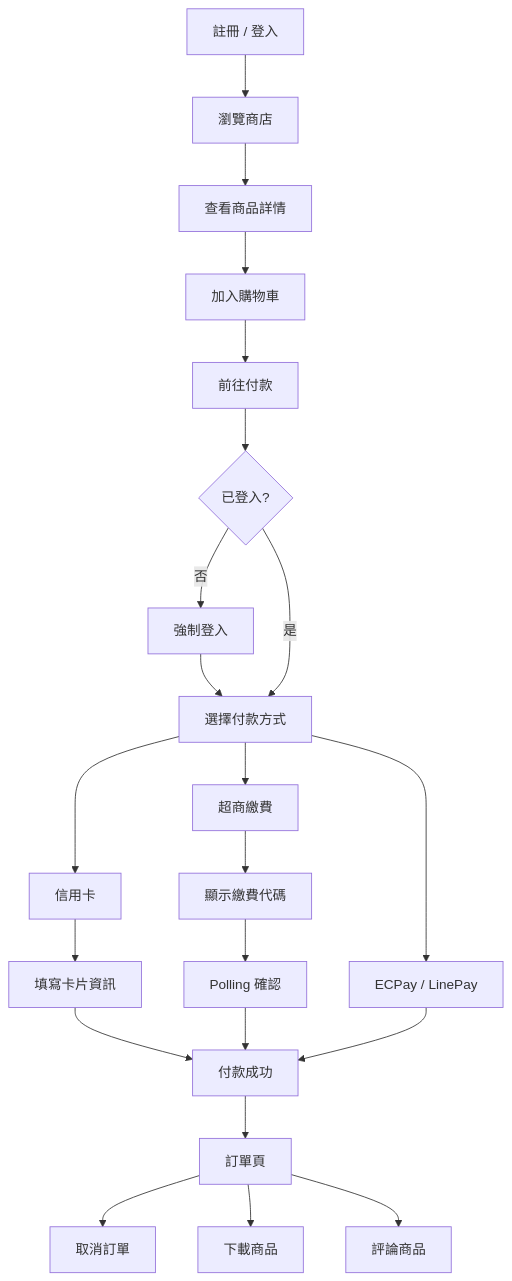
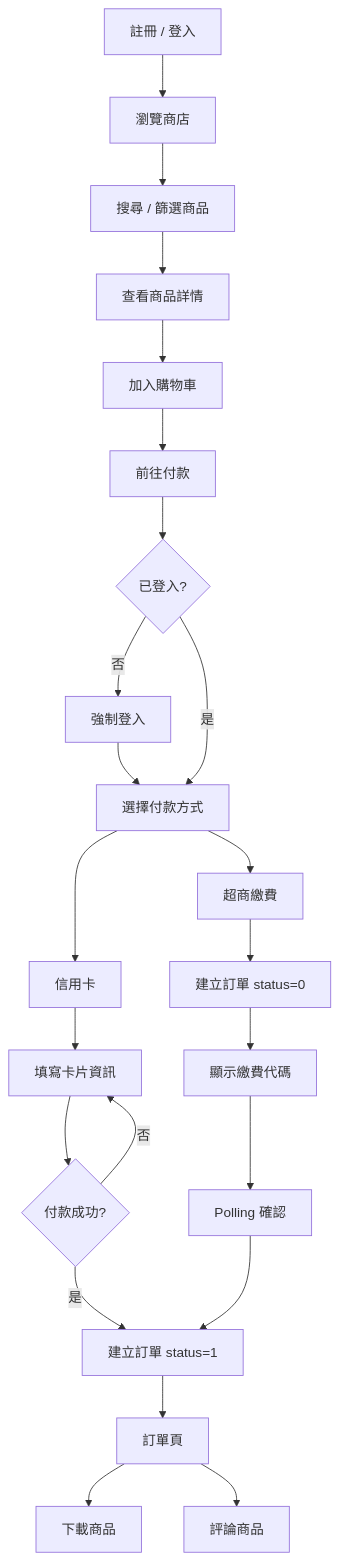
The diagram in README.md (DrinkAsWater/digital-vault), drawn with Mermaid before and after one commit. The commit also changed other lines of this file, not shown here.

````diff
--- a/README.md
+++ b/README.md
@@ -252,24 +307,25 @@
 ```mermaid
 flowchart TD
     A[註冊 / 登入] --> B[瀏覽商店]
-    B --> C[查看商品詳情]
-    C --> D[加入購物車]
-    D --> E[前往付款]
-    E --> F{已登入?}
-    F -- 否 --> G[強制登入]
-    G --> H[選擇付款方式]
-    F -- 是 --> H
-    H --> I[ECPay / LinePay]
-    H --> J[信用卡]
-    H --> K[超商繳費]
+    B --> C[搜尋 / 篩選商品]
+    C --> D[查看商品詳情]
+    D --> E[加入購物車]
+    E --> F[前往付款]
+    F --> G{已登入?}
+    G -- 否 --> H[強制登入]
+    H --> I[選擇付款方式]
+    G -- 是 --> I
+    I --> J[信用卡]
+    I --> K[超商繳費]
     J --> J1[填寫卡片資訊]
-    J1 --> L[付款成功]
-    K --> K1[顯示繳費代碼]
-    K1 --> K2[Polling 確認]
-    K2 --> L
-    I --> L
+    J1 --> J2{付款成功?}
+    J2 -- 是 --> L[建立訂單 status=1]
+    J2 -- 否 --> J1
+    K --> K1[建立訂單 status=0]
+    K1 --> K2[顯示繳費代碼]
+    K2 --> K3[Polling 確認]
+    K3 --> L
     L --> M[訂單頁]
-    M --> N[取消訂單]
-    M --> O[下載商品]
-    M --> P[評論商品]
+    M --> N[下載商品]
+    M --> O[評論商品]
 ```
````
